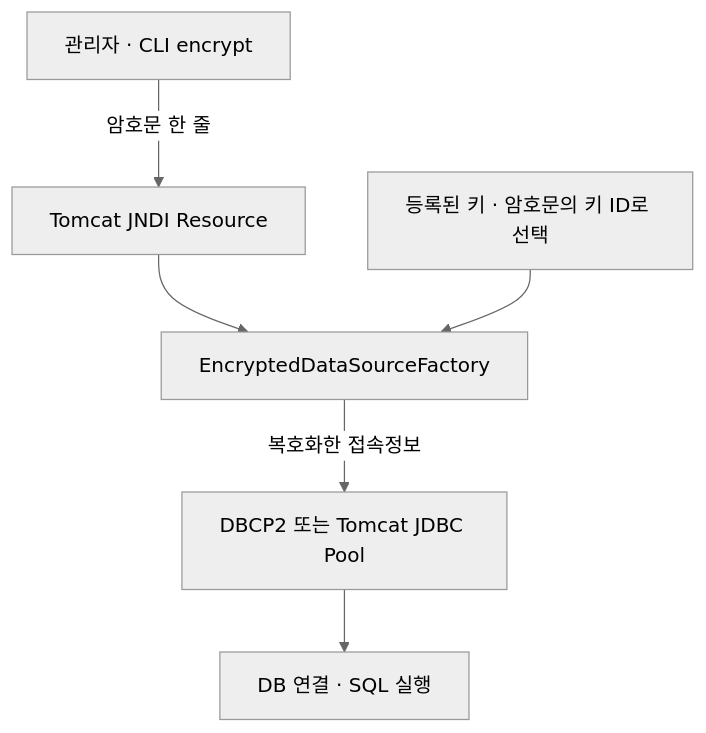
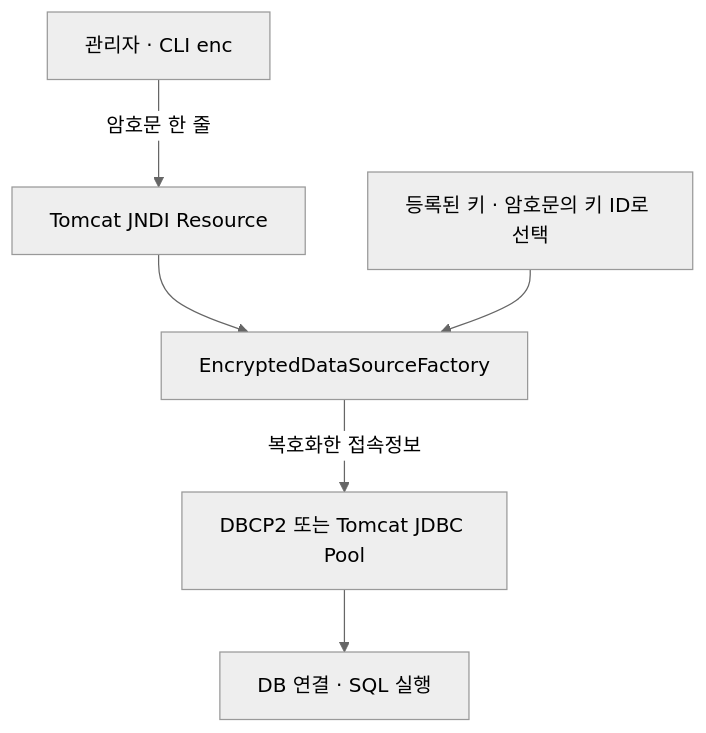
One commit to UtiliLabs/java-crypto-kit changed the diagram in docs/guide/tomcat-jdbc.md. Above: the diagram before and after it, drawn with Mermaid (neutral theme). The commit also changed other lines of this file and 160 other files, not shown here.

````diff
--- a/docs/guide/tomcat-jdbc.md
+++ b/docs/guide/tomcat-jdbc.md
@@ -56,8 +56,8 @@
 ```mermaid
 flowchart TD
-    admin["관리자 · CLI encrypt"] -->|"암호문 한 줄"| resource["Tomcat JNDI Resource"]
+    admin["관리자 · CLI enc"] -->|"암호문 한 줄"| resource["Tomcat JNDI Resource"]
     resource --> factory["EncryptedDataSourceFactory"]
     key["등록된 키 · 암호문의 키 ID로 선택"] --> factory
     factory -->|"복호화한 접속정보"| pool["DBCP2 또는 Tomcat JDBC Pool"]
     pool --> db["DB 연결 · SQL 실행"]
 ```
````
